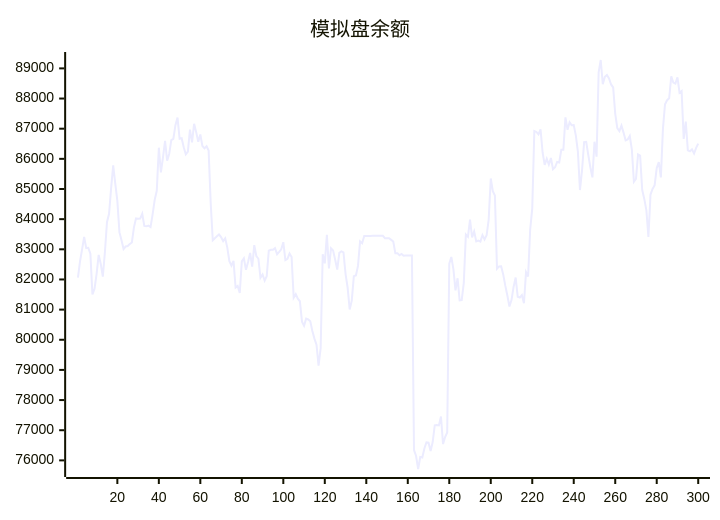
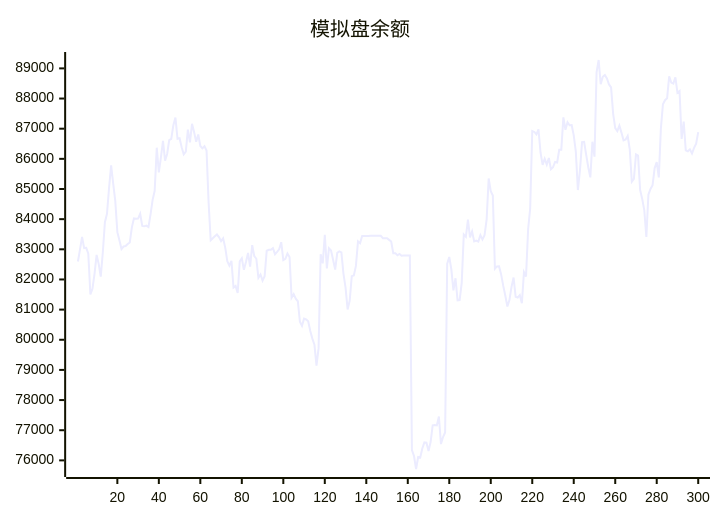
One commit to aahl/ai-trading changed the diagram in README.md. Above: the diagram before and after it, drawn with Mermaid. The commit also changed other lines of this file and 1 other file, not shown here.

````diff
--- a/README.md
+++ b/README.md
@@ -5,5 +5,5 @@
 ```mermaid
 xychart
     title "模拟盘余额"
-    line [82061,82596,83000,83408,83041,83050,82858,81503,81691,82188,82812,82517,82092,82901,83898,84180,85030,85781,85178,84604,83569,83298,83008,83093,83107,83175,83228,83729,84025,84017,84019,84177,83775,83762,83785,83738,84160,84639,84939,86370,85548,86046,86599,85942,86161,86622,86664,87115,87369,86666,86685,86384,86152,86243,86969,86548,87164,86885,86566,86809,86427,86348,86417,86273,84538,83299,83369,83430,83490,83404,83270,83362,83056,82605,82459,82614,81734,81788,81551,82598,82702,82320,82580,82878,82426,83139,82778,82686,82056,82166,81963,82110,82951,82983,82984,83038,82838,82915,82998,83235,82642,82682,82858,82746,81396,81512,81362,81277,80600,80461,80699,80673,80616,80288,80038,79836,79142,79722,82837,82533,83480,82366,83032,82960,82654,82330,82883,82934,82901,82188,81728,81005,81298,82110,82135,82449,83264,83203,83440,83439,83440,83440,83446,83447,83448,83447,83448,83449,83369,83369,83369,83313,83256,82872,82873,82801,82844,82785,82791,82791,82793,82794,76339,76145,75714,76110,76096,76397,76594,76585,76310,76607,77160,77170,77160,77456,76541,76774,76927,82520,82744,82337,81639,82040,81307,81314,81887,83490,83414,83984,83396,83594,83261,83287,83253,83470,83327,83465,83987,85348,84930,84786,82355,82433,82438,82167,81795,81466,81105,81315,81756,82064,81426,81398,81481,81210,82242,82099,83658,84359,86925,86892,86814,86980,86203,85802,86003,85811,86028,85657,85721,85896,85880,86300,86299,87378,86965,87214,87115,87118,86780,86238,84966,85623,86555,86562,86129,85722,85387,86569,86070,88870,89278,88477,88720,88781,88668,88467,88372,87493,87018,86917,87102,86870,86613,86644,86758,86317,85242,85334,86149,86106,84968,84671,84302,83410,84816,85001,85127,85693,85891,85384,87001,87811,87945,88007,88734,88528,88495,88705,88189,88248,86662,87234,86279,86251,86314,86177,86364,86503]
+    line [82596,83000,83408,83041,83050,82858,81503,81691,82188,82812,82517,82092,82901,83898,84180,85030,85781,85178,84604,83569,83298,83008,83093,83107,83175,83228,83729,84025,84017,84019,84177,83775,83762,83785,83738,84160,84639,84939,86370,85548,86046,86599,85942,86161,86622,86664,87115,87369,86666,86685,86384,86152,86243,86969,86548,87164,86885,86566,86809,86427,86348,86417,86273,84538,83299,83369,83430,83490,83404,83270,83362,83056,82605,82459,82614,81734,81788,81551,82598,82702,82320,82580,82878,82426,83139,82778,82686,82056,82166,81963,82110,82951,82983,82984,83038,82838,82915,82998,83235,82642,82682,82858,82746,81396,81512,81362,81277,80600,80461,80699,80673,80616,80288,80038,79836,79142,79722,82837,82533,83480,82366,83032,82960,82654,82330,82883,82934,82901,82188,81728,81005,81298,82110,82135,82449,83264,83203,83440,83439,83440,83440,83446,83447,83448,83447,83448,83449,83369,83369,83369,83313,83256,82872,82873,82801,82844,82785,82791,82791,82793,82794,76339,76145,75714,76110,76096,76397,76594,76585,76310,76607,77160,77170,77160,77456,76541,76774,76927,82520,82744,82337,81639,82040,81307,81314,81887,83490,83414,83984,83396,83594,83261,83287,83253,83470,83327,83465,83987,85348,84930,84786,82355,82433,82438,82167,81795,81466,81105,81315,81756,82064,81426,81398,81481,81210,82242,82099,83658,84359,86925,86892,86814,86980,86203,85802,86003,85811,86028,85657,85721,85896,85880,86300,86299,87378,86965,87214,87115,87118,86780,86238,84966,85623,86555,86562,86129,85722,85387,86569,86070,88870,89278,88477,88720,88781,88668,88467,88372,87493,87018,86917,87102,86870,86613,86644,86758,86317,85242,85334,86149,86106,84968,84671,84302,83410,84816,85001,85127,85693,85891,85384,87001,87811,87945,88007,88734,88528,88495,88705,88189,88248,86662,87234,86279,86251,86314,86177,86364,86503,86886]
 ```
````
